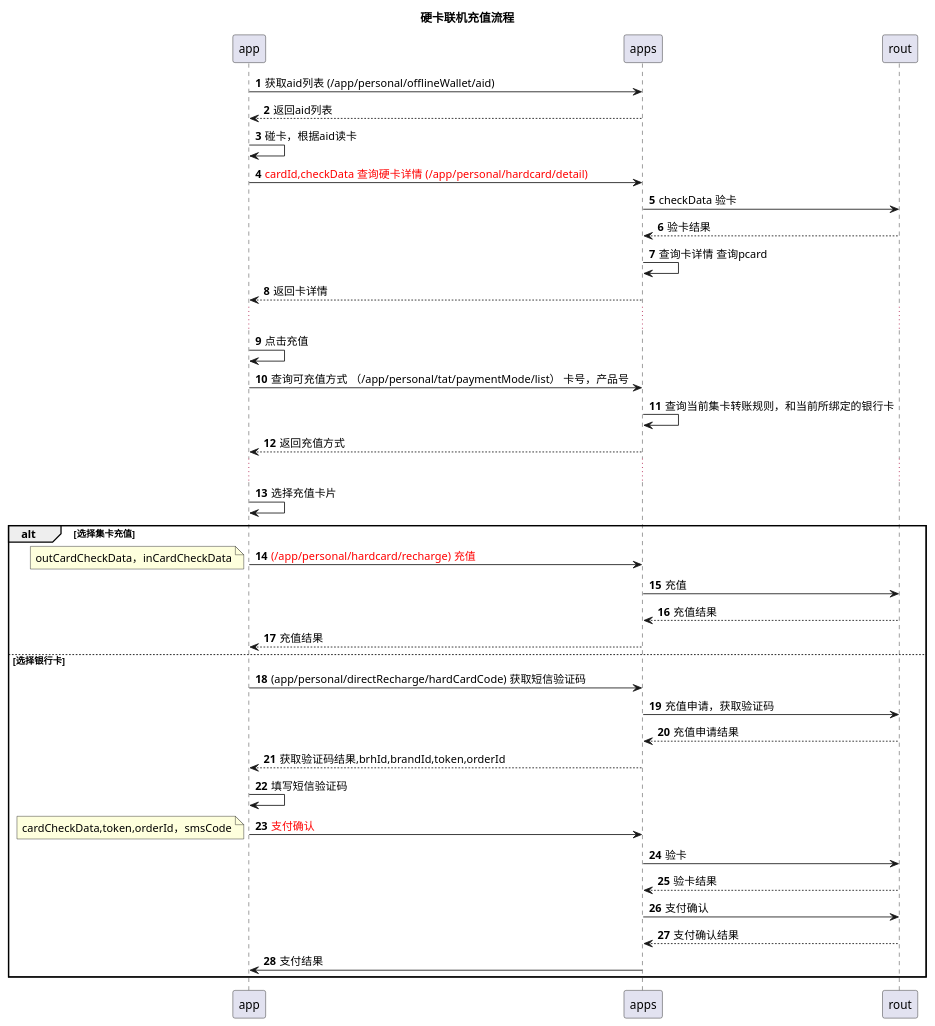
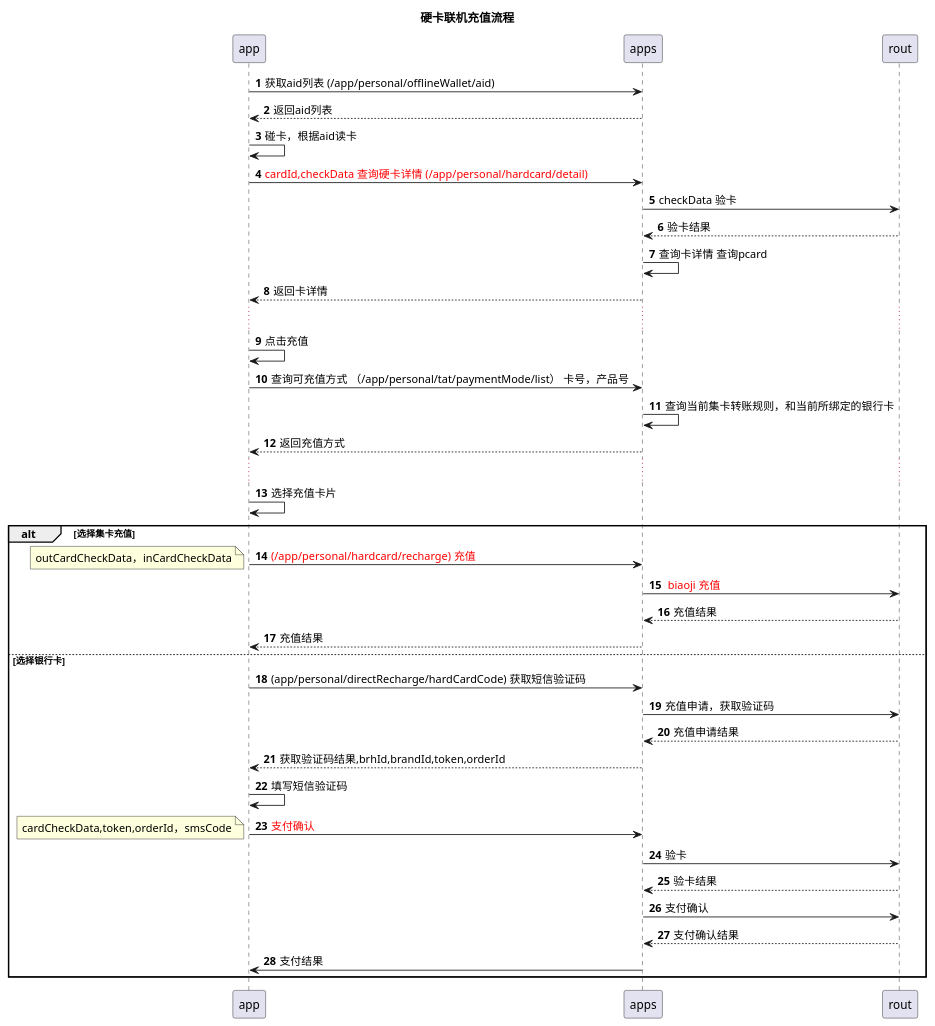
One commit to 13589080127/zc-design changed the diagram in doc/eccCardDeSign/硬卡联机充值.puml. Above: the diagram before and after it, drawn with PlantUML. The commit also changed 2 other files, not shown here.

```diff
--- a/doc/eccCardDeSign/硬卡联机充值.puml
+++ b/doc/eccCardDeSign/硬卡联机充值.puml
@@ -1,42 +1,42 @@
 @startuml
 title:硬卡联机充值流程
 autonumber
 app->apps:获取aid列表 (/app/personal/offlineWallet/aid)
 apps-->app:返回aid列表
 app->app:碰卡，根据aid读卡
 
 app->apps:<font color=red>cardId,checkData 查询硬卡详情 (/app/personal/hardcard/detail)
 
 apps->rout:checkData 验卡
 rout-->apps:验卡结果
 apps->apps:查询卡详情 查询pcard
 apps-->app:返回卡详情
 ...
 app->app:点击充值
 app->apps:查询可充值方式 （/app/personal/tat/paymentMode/list） 卡号，产品号
 apps->apps:查询当前集卡转账规则，和当前所绑定的银行卡
 apps-->app:返回充值方式
 ...
 app->app:选择充值卡片
 alt 选择集卡充值
 app->apps:<font color=red>(/app/personal/hardcard/recharge) 充值
 note left:outCardCheckData，inCardCheckData
-apps->rout:充值
+apps->rout:<font color=red > biaoji 充值
 rout-->apps:充值结果
 apps-->app:充值结果
 else 选择银行卡
 note left:routInfo,prdtId
 app->apps:(app/personal/directRecharge/hardCardCode) 获取短信验证码
 apps->rout:充值申请，获取验证码
 rout-->apps:充值申请结果
 apps-->app:获取验证码结果,brhId,brandId,token,orderId
 app->app:填写短信验证码
 app->apps:<font color=red>支付确认
 note left:cardCheckData,token,orderId，smsCode
 apps->rout:验卡
 rout-->apps:验卡结果
 apps->rout:支付确认
 rout-->apps:支付确认结果
 apps->app:支付结果
 end
 @enduml
```
